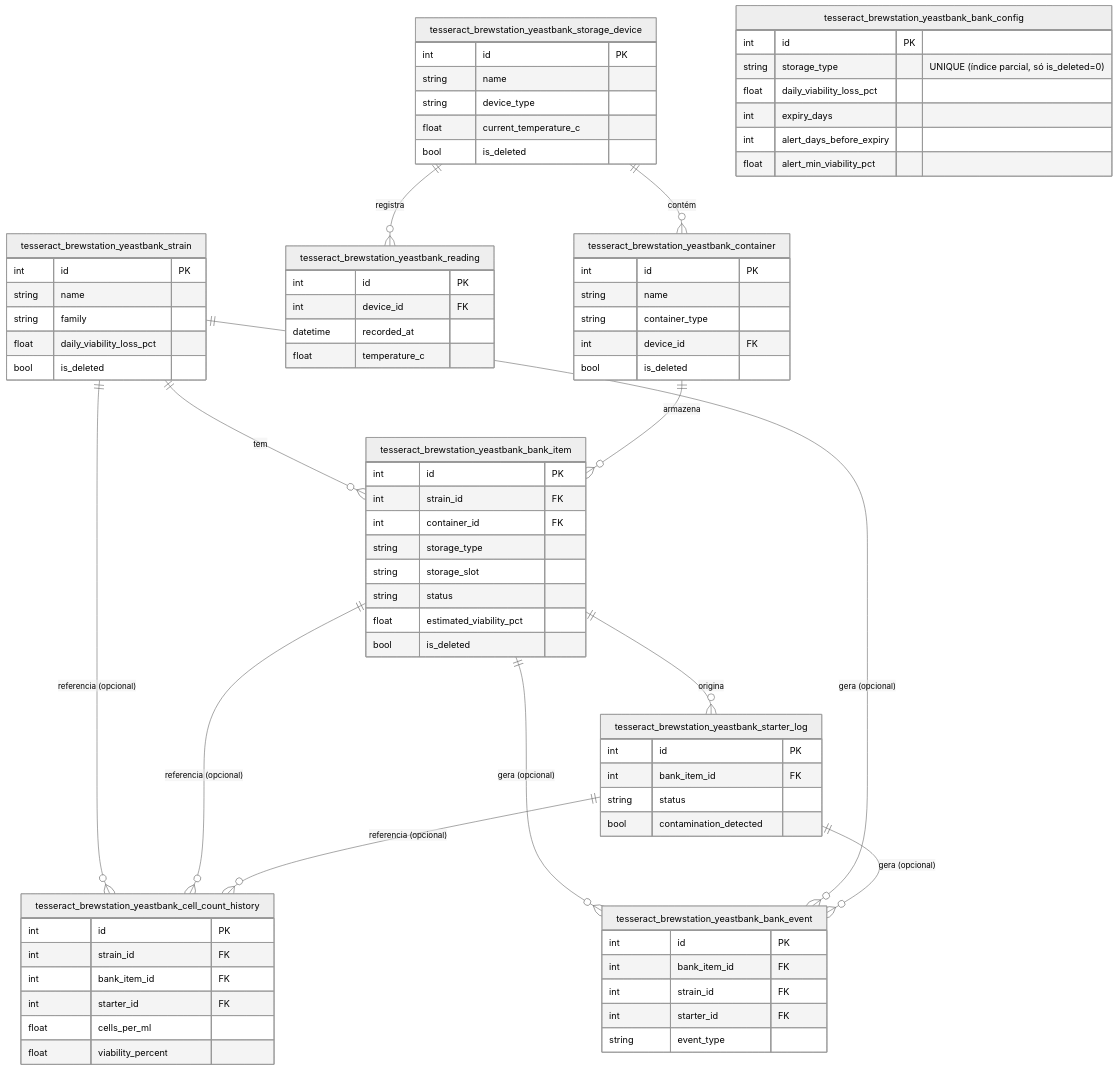
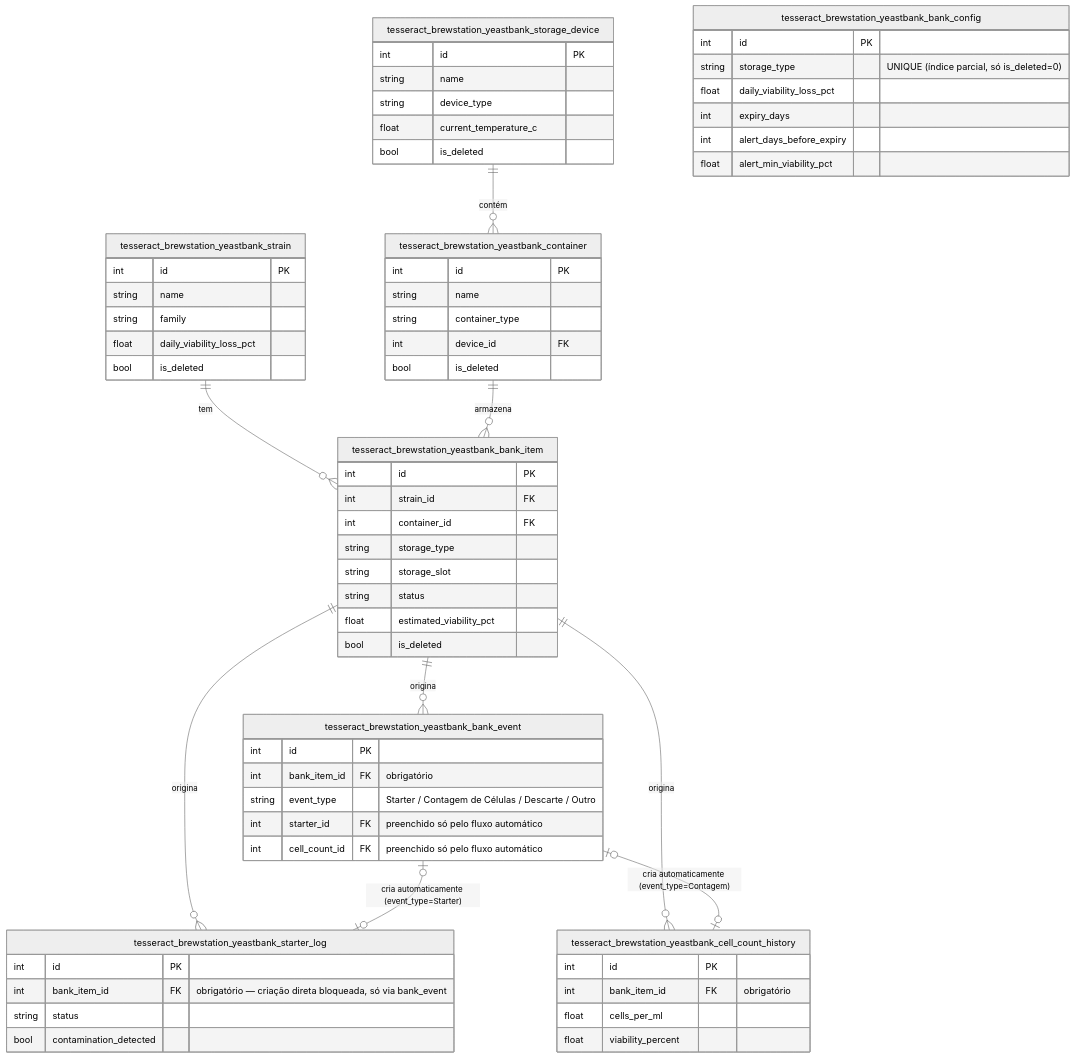
Before and after one commit to ChristopherNicolasSMM/Tesseract: the diagram in addons/addon_brewstation/features/feature_yeast_bank/docs/technical/04-modelo-de-dados.md, drawn with Mermaid (neutral theme). The commit also changed other lines of this file and 40 other files, not shown here.

First line of the commit message:
feat(crudgen,yeast_bank): skill 21 - evento como ponto de entrada unico, remove storage_reading

````diff
--- a/addons/addon_brewstation/features/feature_yeast_bank/docs/technical/04-modelo-de-dados.md
+++ b/addons/addon_brewstation/features/feature_yeast_bank/docs/technical/04-modelo-de-dados.md
@@ -16,81 +14,70 @@
 ```mermaid
 erDiagram
     tesseract_brewstation_yeastbank_strain ||--o{ tesseract_brewstation_yeastbank_bank_item : "tem"
-    tesseract_brewstation_yeastbank_storage_device ||--o{ tesseract_brewstation_yeastbank_reading : "registra"
     tesseract_brewstation_yeastbank_storage_device ||--o{ tesseract_brewstation_yeastbank_container : "contém"
     tesseract_brewstation_yeastbank_container ||--o{ tesseract_brewstation_yeastbank_bank_item : "armazena"
     tesseract_brewstation_yeastbank_bank_item ||--o{ tesseract_brewstation_yeastbank_starter_log : "origina"
-    tesseract_brewstation_yeastbank_strain ||--o{ tesseract_brewstation_yeastbank_cell_count_history : "referencia (opcional)"
-    tesseract_brewstation_yeastbank_bank_item ||--o{ tesseract_brewstation_yeastbank_cell_count_history : "referencia (opcional)"
-    tesseract_brewstation_yeastbank_starter_log ||--o{ tesseract_brewstation_yeastbank_cell_count_history : "referencia (opcional)"
-    tesseract_brewstation_yeastbank_bank_item ||--o{ tesseract_brewstation_yeastbank_bank_event : "gera (opcional)"
-    tesseract_brewstation_yeastbank_strain ||--o{ tesseract_brewstation_yeastbank_bank_event : "gera (opcional)"
-    tesseract_brewstation_yeastbank_starter_log ||--o{ tesseract_brewstation_yeastbank_bank_event : "gera (opcional)"
+    tesseract_brewstation_yeastbank_bank_item ||--o{ tesseract_brewstation_yeastbank_cell_count_history : "origina"
+    tesseract_brewstation_yeastbank_bank_item ||--o{ tesseract_brewstation_yeastbank_bank_event : "origina"
+    tesseract_brewstation_yeastbank_bank_event |o--o| tesseract_brewstation_yeastbank_starter_log : "cria automaticamente (event_type=Starter)"
+    tesseract_brewstation_yeastbank_bank_event |o--o| tesseract_brewstation_yeastbank_cell_count_history : "cria automaticamente (event_type=Contagem)"
 
     tesseract_brewstation_yeastbank_strain {
         int id PK
         string name
         string family
         float daily_viability_loss_pct
         bool is_deleted
     }
     tesseract_brewstation_yeastbank_storage_device {
         int id PK
         string name
         string device_type
         float current_temperature_c
         bool is_deleted
-    }
-    tesseract_brewstation_yeastbank_reading {
-        int id PK
-        int device_id FK
-        datetime recorded_at
-        float temperature_c
     }
     tesseract_brewstation_yeastbank_container {
         int id PK
         string name
         string container_type
         int device_id FK
         bool is_deleted
     }
     tesseract_brewstation_yeastbank_bank_item {
         int id PK
         int strain_id FK
         int container_id FK
         string storage_type
         string storage_slot
         string status
         float estimated_viability_pct
         bool is_deleted
     }
     tesseract_brewstation_yeastbank_starter_log {
         int id PK
-        int bank_item_id FK
+        int bank_item_id FK "obrigatório — criação direta bloqueada, só via bank_event"
         string status
         bool contamination_detected
     }
     tesseract_brewstation_yeastbank_cell_count_history {
         int id PK
-        int strain_id FK
-        int bank_item_id FK
-        int starter_id FK
+        int bank_item_id FK "obrigatório"
         float cells_per_ml
         float viability_percent
     }
     tesseract_brewstation_yeastbank_bank_event {
         int id PK
-        int bank_item_id FK
-        int strain_id FK
-        int starter_id FK
-        string event_type
+        int bank_item_id FK "obrigatório"
+        string event_type "Starter / Contagem de Células / Descarte / Outro"
+        int starter_id FK "preenchido só pelo fluxo automático"
+        int cell_count_id FK "preenchido só pelo fluxo automático"
     }
     tesseract_brewstation_yeastbank_bank_config {
         int id PK
         string storage_type "UNIQUE (índice parcial, só is_deleted=0)"
         float daily_viability_loss_pct
         int expiry_days
         int alert_days_before_expiry
         float alert_min_viability_pct
     }
 ```
````
